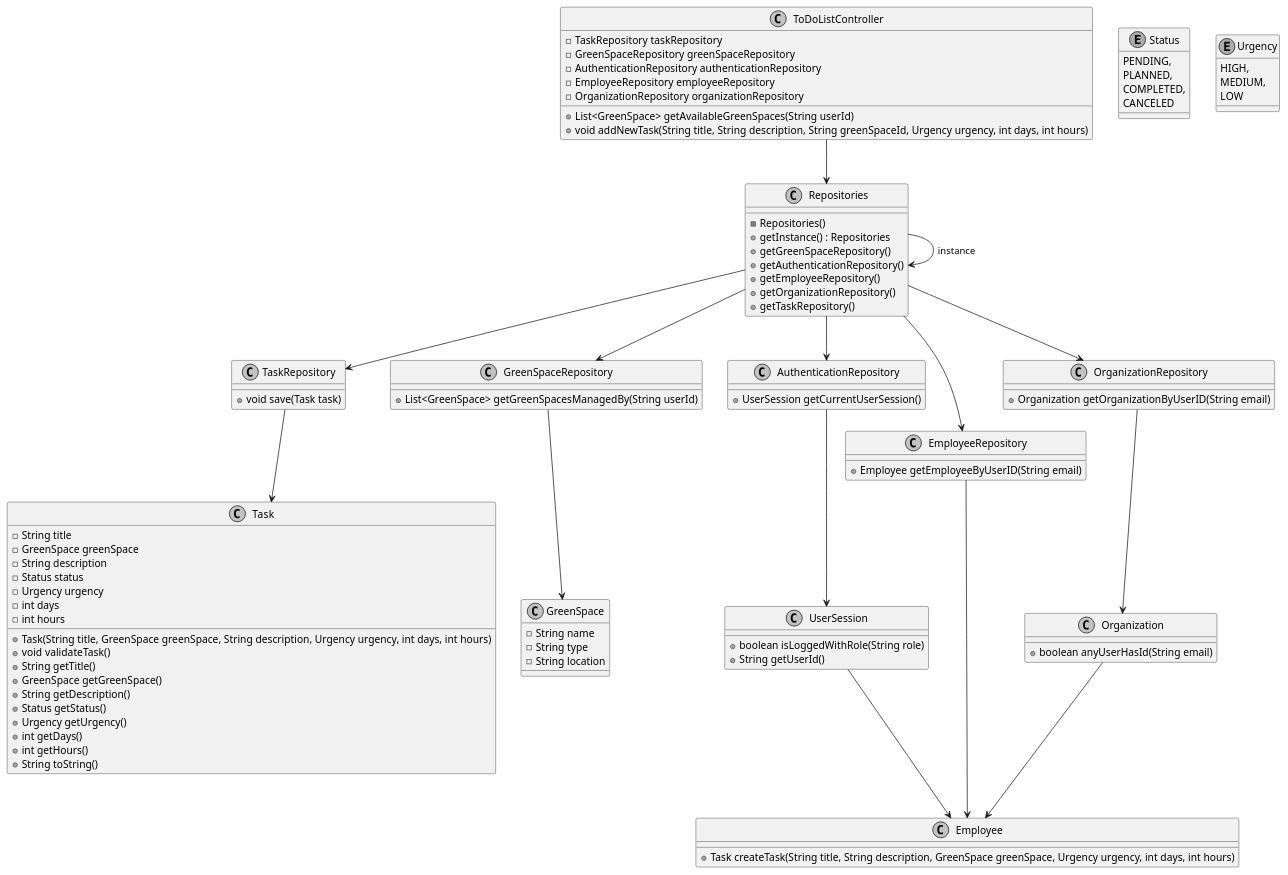
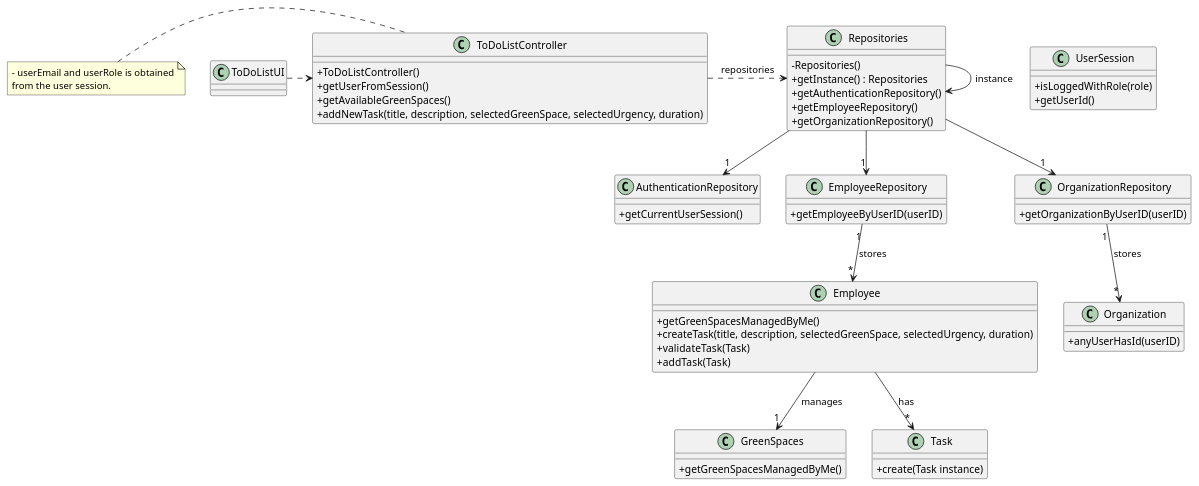
One commit to Mendoncaa/LAPR2 changed the diagram in docs/sprintC/us021/03.design/puml/us021-class-diagram.puml. Above: the diagram before and after it, drawn with PlantUML. The commit also changed 3 other files, not shown here.

```diff
--- a/docs/sprintC/us021/03.design/puml/us021-class-diagram.puml
+++ b/docs/sprintC/us021/03.design/puml/us021-class-diagram.puml
@@ -1,114 +1,79 @@
 @startuml
-skinparam monochrome true
+'skinparam monochrome true
 skinparam packageStyle rectangle
 skinparam shadowing false
+'skinparam linetype orto
 
-class GreenSpace {
-    - String name
-    - String type
-    - String location
+skinparam classAttributeIconSize 0
+
+class UserSession {
+    + isLoggedWithRole(role)
+    + getUserId()
 }
 
-class Task {
-    - String title
-    - GreenSpace greenSpace
-    - String description
-    - Status status
-    - Urgency urgency
-    - int days
-    - int hours
-    + Task(String title, GreenSpace greenSpace, String description, Urgency urgency, int days, int hours)
-    + void validateTask()
-    + String getTitle()
-    + GreenSpace getGreenSpace()
-    + String getDescription()
-    + Status getStatus()
-    + Urgency getUrgency()
-    + int getDays()
-    + int getHours()
-    + String toString()
+class AuthenticationRepository {
+    + getCurrentUserSession()
 }
 
 class Employee {
-    + Task createTask(String title, String description, GreenSpace greenSpace, Urgency urgency, int days, int hours)
-}
-
-class ToDoListController {
-    - TaskRepository taskRepository
-    - GreenSpaceRepository greenSpaceRepository
-    - AuthenticationRepository authenticationRepository
-    - EmployeeRepository employeeRepository
-    - OrganizationRepository organizationRepository
-    + List<GreenSpace> getAvailableGreenSpaces(String userId)
-    + void addNewTask(String title, String description, String greenSpaceId, Urgency urgency, int days, int hours)
-}
-
-class TaskRepository {
-    + void save(Task task)
-}
-
-class GreenSpaceRepository {
-    + List<GreenSpace> getGreenSpacesManagedBy(String userId)
-}
-
-class AuthenticationRepository {
-    + UserSession getCurrentUserSession()
-}
-
-class UserSession {
-    + boolean isLoggedWithRole(String role)
-    + String getUserId()
+    + getGreenSpacesManagedByMe()
+    + createTask(title, description, selectedGreenSpace, selectedUrgency, duration)
+    + validateTask(Task)
+    + addTask(Task)
 }
 
 class EmployeeRepository {
-    + Employee getEmployeeByUserID(String email)
+    + getEmployeeByUserID(userID)
+}
+
+class Organization {
+    + anyUserHasId(userID)
 }
 
 class OrganizationRepository {
-    + Organization getOrganizationByUserID(String email)
-}
-
-class Organization {
-    + boolean anyUserHasId(String email)
-}
-
-enum Status {
-    PENDING,
-    PLANNED,
-    COMPLETED,
-    CANCELED
+    + getOrganizationByUserID(userID)
 }
 
 class Repositories {
     - Repositories()
     + getInstance() : Repositories
-    + getGreenSpaceRepository()
     + getAuthenticationRepository()
     + getEmployeeRepository()
     + getOrganizationRepository()
-    + getTaskRepository()
-    
 }
 
-enum Urgency {
-    HIGH,
-    MEDIUM,
-    LOW
+class ToDoListController {
+    + ToDoListController()
+    + getUserFromSession()
+    + getAvailableGreenSpaces()
+    + addNewTask(title, description, selectedGreenSpace, selectedUrgency, duration)
 }
 
-Repositories -> Repositories: instance
-ToDoListController --> Repositories
-Repositories --> TaskRepository
-Repositories --> GreenSpaceRepository
-Repositories --> AuthenticationRepository
-Repositories --> EmployeeRepository
-Repositories --> OrganizationRepository
-AuthenticationRepository --> UserSession
-TaskRepository --> Task
-GreenSpaceRepository --> GreenSpace
-UserSession --> Employee
-OrganizationRepository --> Organization
-EmployeeRepository --> Employee
-Organization --> Employee
+class ToDoListUI {
+}
+
+class GreenSpaces {
+    + getGreenSpacesManagedByMe()
+}
+
+class Task {
+    + create(Task instance)
+}
+
+note left of ToDoListController
+    - userEmail and userRole is obtained
+    from the user session.
+end note
+
+Repositories -> Repositories : instance
+ToDoListUI .> ToDoListController
+ToDoListController .> Repositories : repositories
+Repositories --> "1" AuthenticationRepository
+Repositories --> "1" EmployeeRepository
+Repositories --> "1" OrganizationRepository
+EmployeeRepository "1" --> "*" Employee : stores
+OrganizationRepository "1" --> "*" Organization : stores
+Employee --> "1" GreenSpaces : manages
+Employee --> "*" Task : has
 
 @enduml
```
